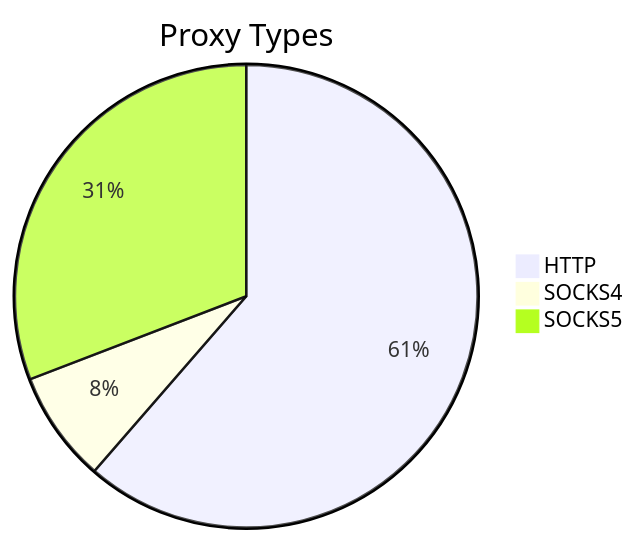
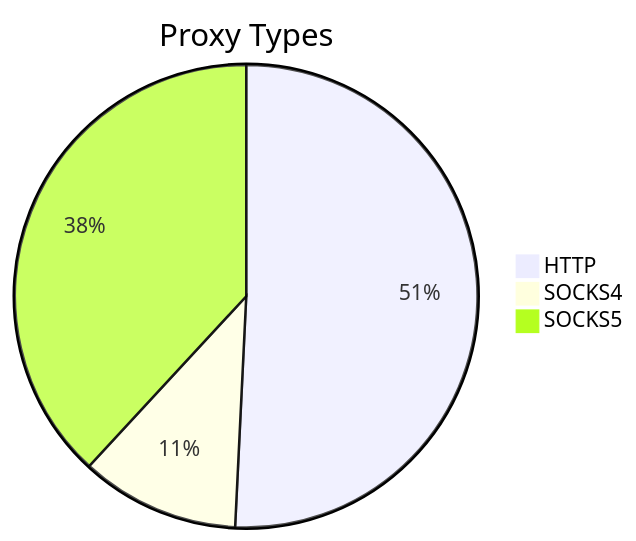
Before and after one commit to stormsia/proxy-list: the first of 2 diagrams in README.md, drawn with Mermaid. The commit also changed other lines of this file, not shown here.

````diff
--- a/README.md
+++ b/README.md
@@ -21,6 +21,6 @@
 ```mermaid
 pie title Proxy Types
-    "HTTP" : 213
-    "SOCKS4" : 27
-    "SOCKS5" : 107
+    "HTTP" : 265
+    "SOCKS4" : 58
+    "SOCKS5" : 199
 ```
````
